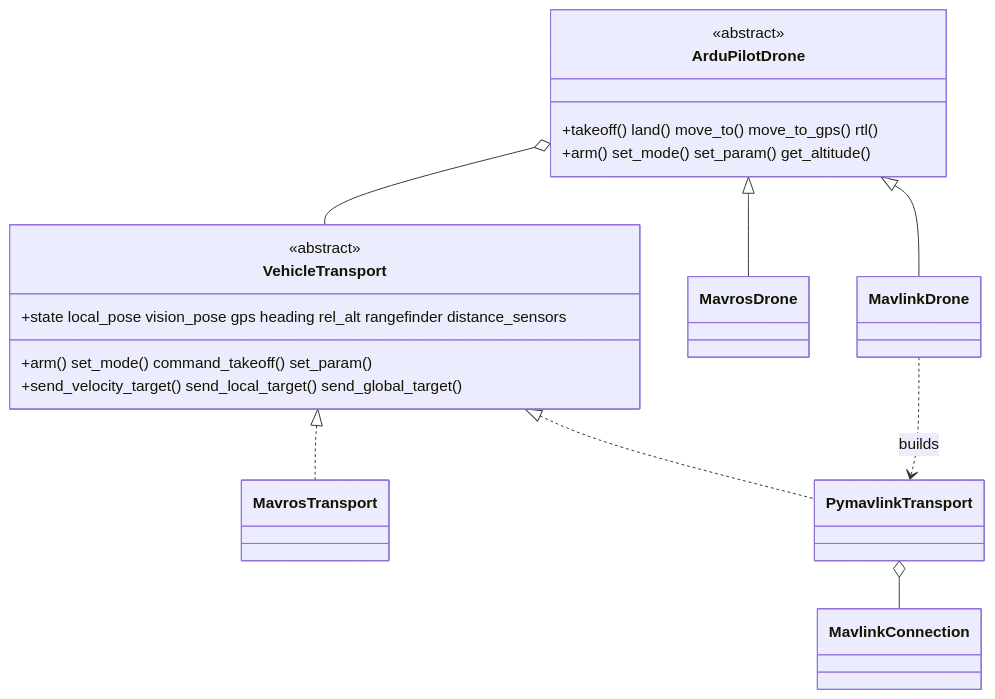
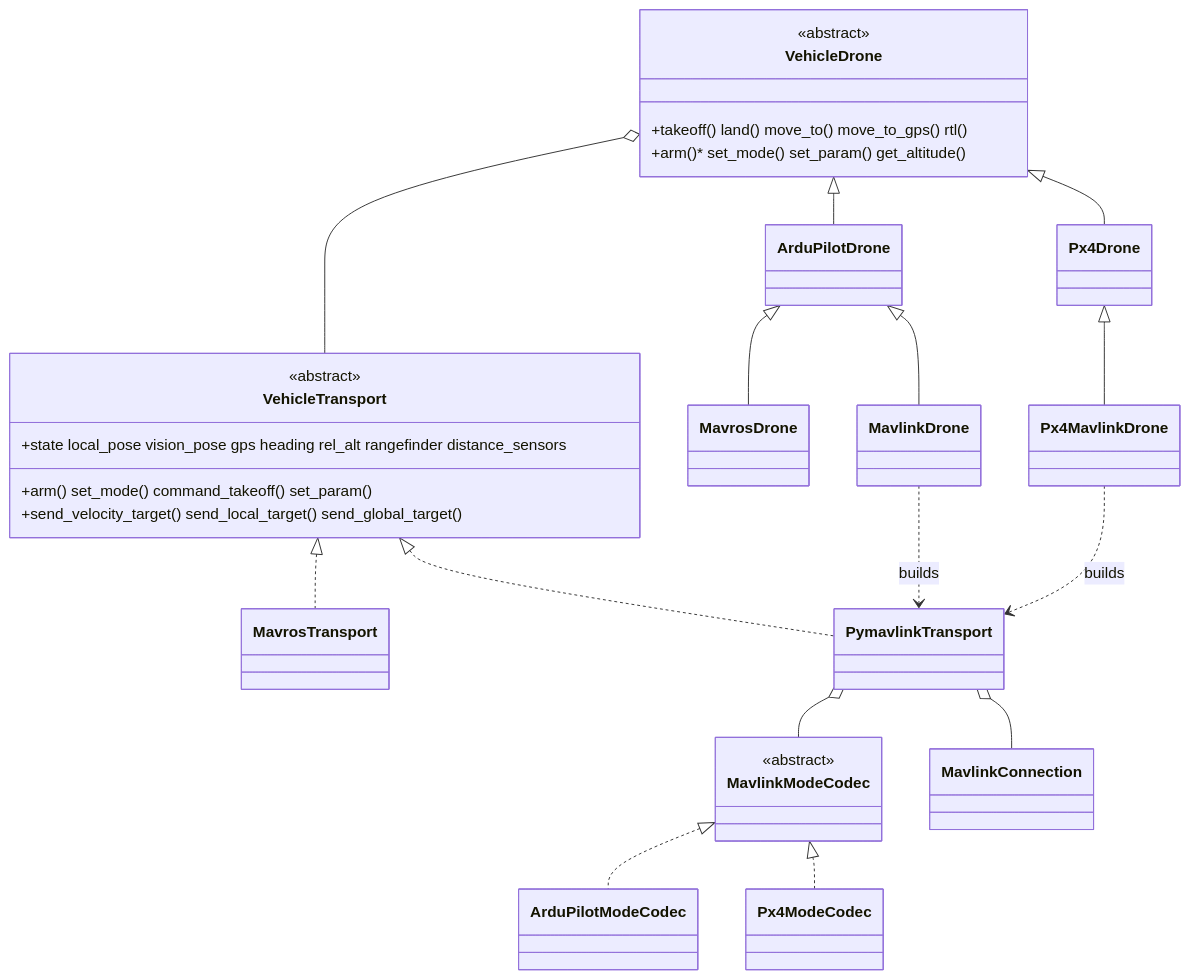
Before and after one commit to Black-Bee-Drones/nectar-sdk: the diagram in nectar/nectar/control/mavlink/README.md, drawn with Mermaid. The commit also changed other lines of this file and 13 other files, not shown here.

Commit message:
docs: sync diagrams and docs

````diff
--- a/nectar/nectar/control/mavlink/README.md
+++ b/nectar/nectar/control/mavlink/README.md
@@ -9,23 +9,38 @@
 ```mermaid
 classDiagram
-    class ArduPilotDrone {
+    class VehicleDrone {
         <<abstract>>
         +takeoff() land() move_to() move_to_gps() rtl()
-        +arm() set_mode() set_param() get_altitude()
+        +arm()* set_mode() set_param() get_altitude()
     }
+    class ArduPilotDrone
+    class Px4Drone
     class VehicleTransport {
         <<abstract>>
         +state local_pose vision_pose gps heading rel_alt rangefinder distance_sensors
         +arm() set_mode() command_takeoff() set_param()
         +send_velocity_target() send_local_target() send_global_target()
     }
     class MavrosTransport
     class PymavlinkTransport
-    ArduPilotDrone o-- VehicleTransport
+    class MavlinkModeCodec {
+        <<abstract>>
+    }
+    class ArduPilotModeCodec
+    class Px4ModeCodec
+
+    VehicleDrone o-- VehicleTransport
+    VehicleDrone <|-- ArduPilotDrone
+    VehicleDrone <|-- Px4Drone
     VehicleTransport <|.. MavrosTransport
     VehicleTransport <|.. PymavlinkTransport
     ArduPilotDrone <|-- MavrosDrone
     ArduPilotDrone <|-- MavlinkDrone
+    Px4Drone <|-- Px4MavlinkDrone
     MavlinkDrone ..> PymavlinkTransport : builds
+    Px4MavlinkDrone ..> PymavlinkTransport : builds
     PymavlinkTransport o-- MavlinkConnection
+    PymavlinkTransport o-- MavlinkModeCodec
+    MavlinkModeCodec <|.. ArduPilotModeCodec
+    MavlinkModeCodec <|.. Px4ModeCodec
 ```
````
